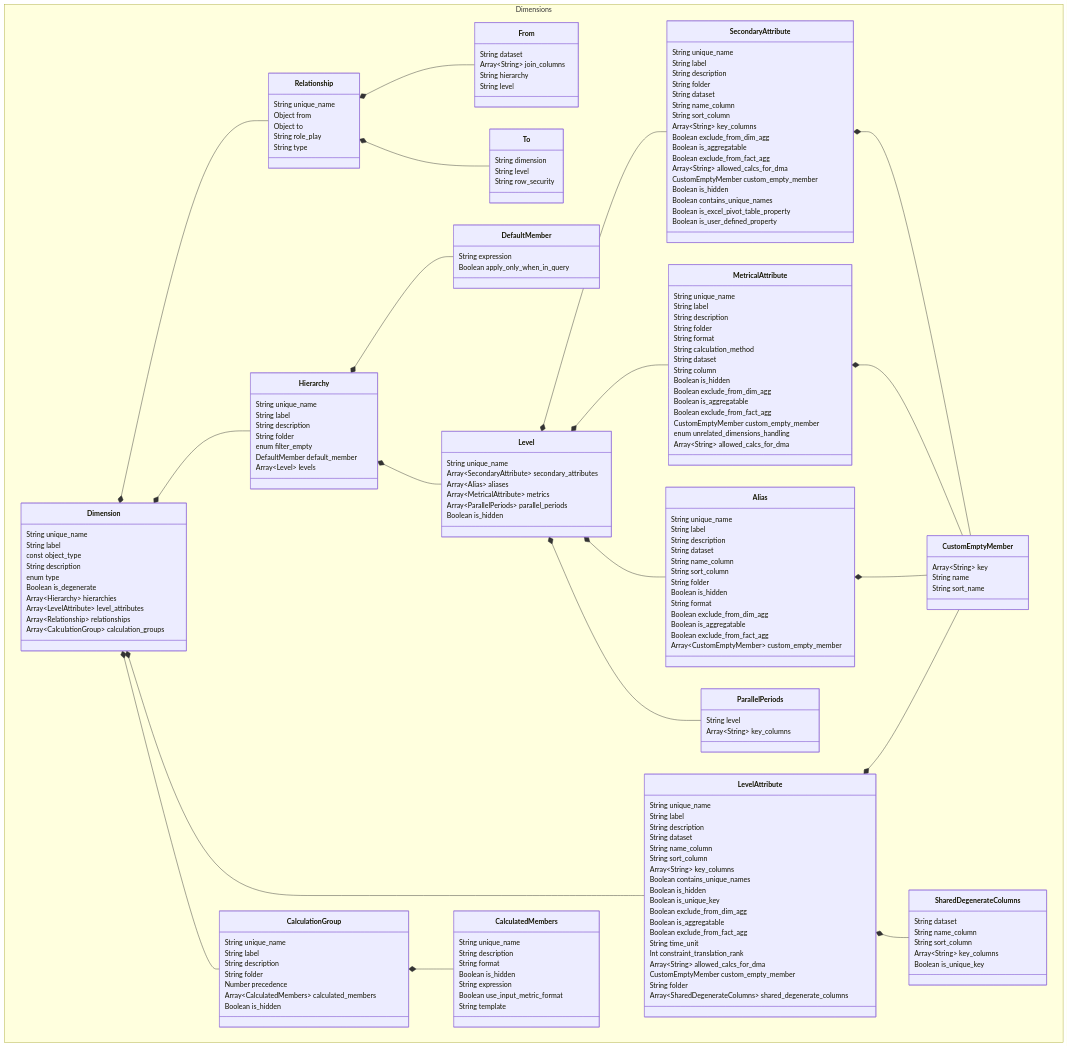
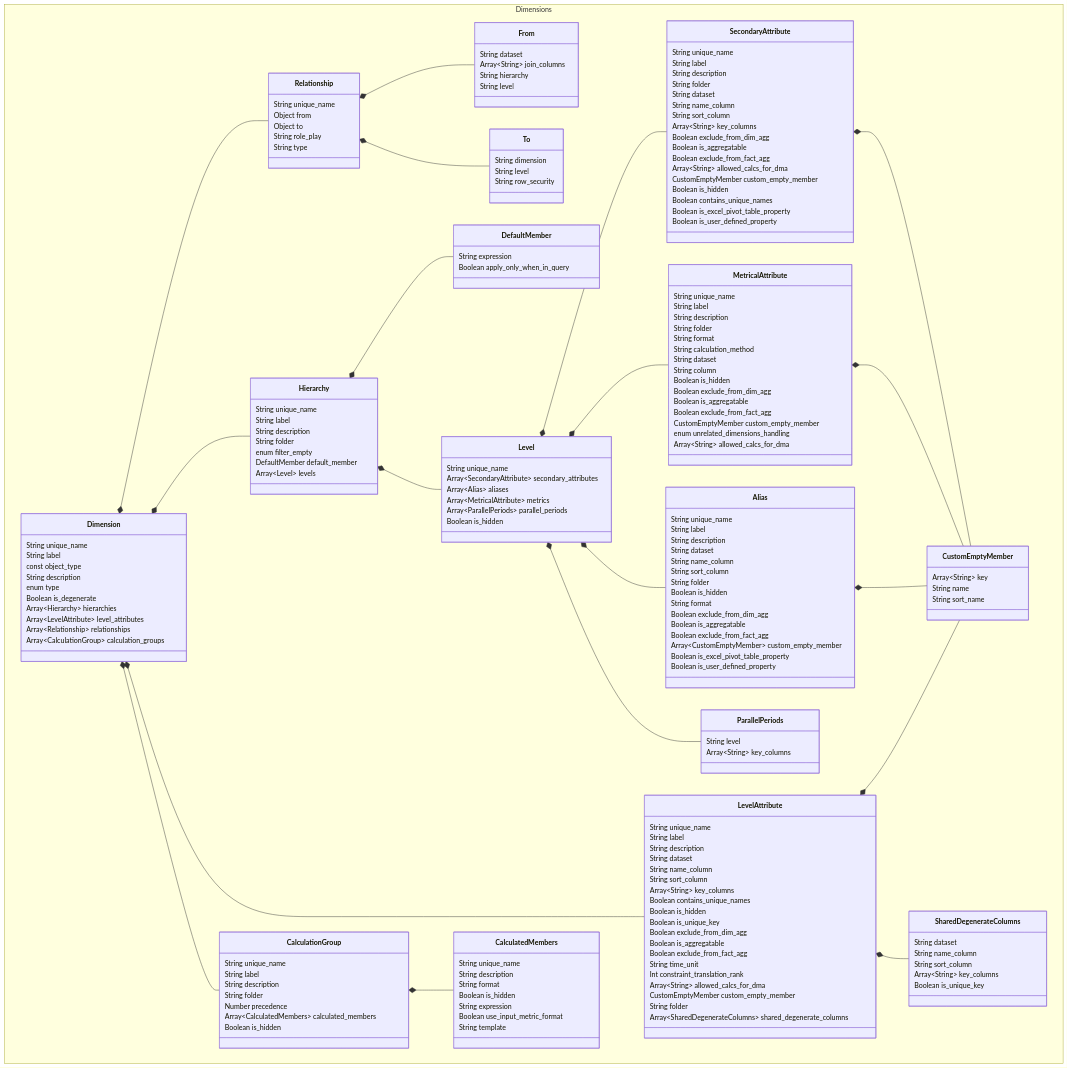
The diagram in sml-reference/dimension.md (semanticdatalayer/SML), drawn with Mermaid before and after one commit. The commit also changed other lines of this file, not shown here.

```diff
--- a/sml-reference/dimension.md
+++ b/sml-reference/dimension.md
@@ -228,6 +228,8 @@
       Boolean is_aggregatable
       Boolean exclude_from_fact_agg
       Array~CustomEmptyMember~ custom_empty_member
+      Boolean is_excel_pivot_table_property
+      Boolean is_user_defined_property
     }
     class MetricalAttribute{
       String unique_name
```
